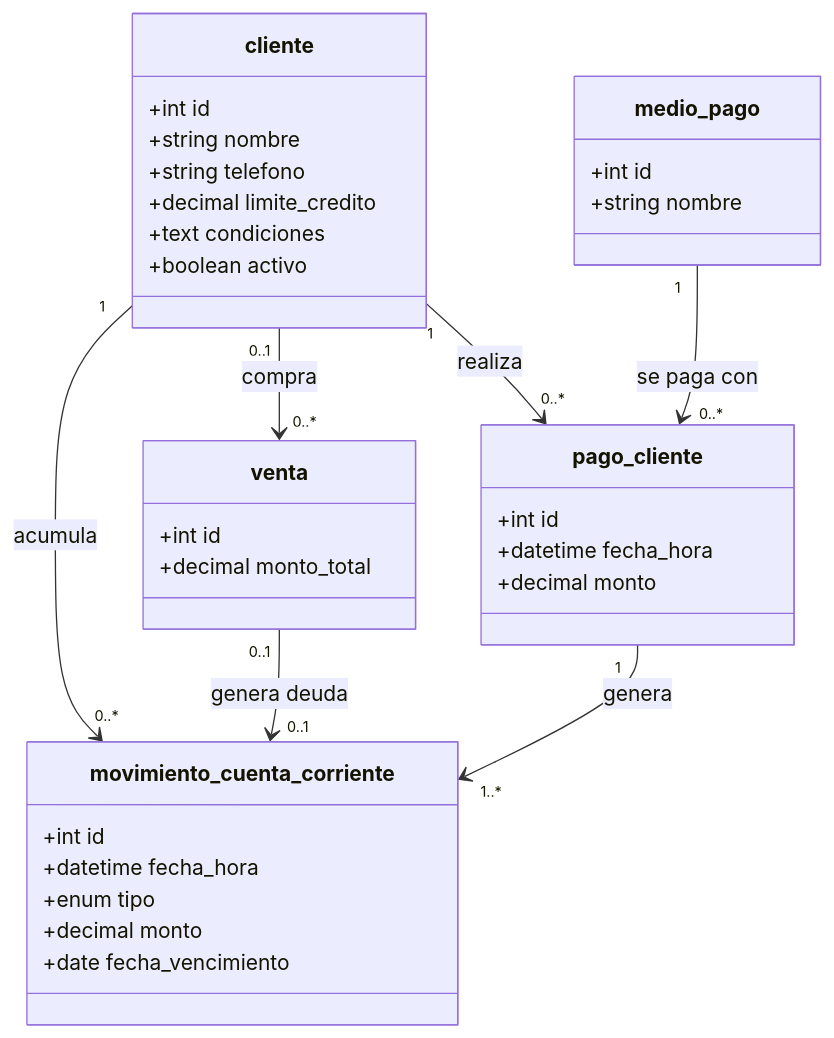
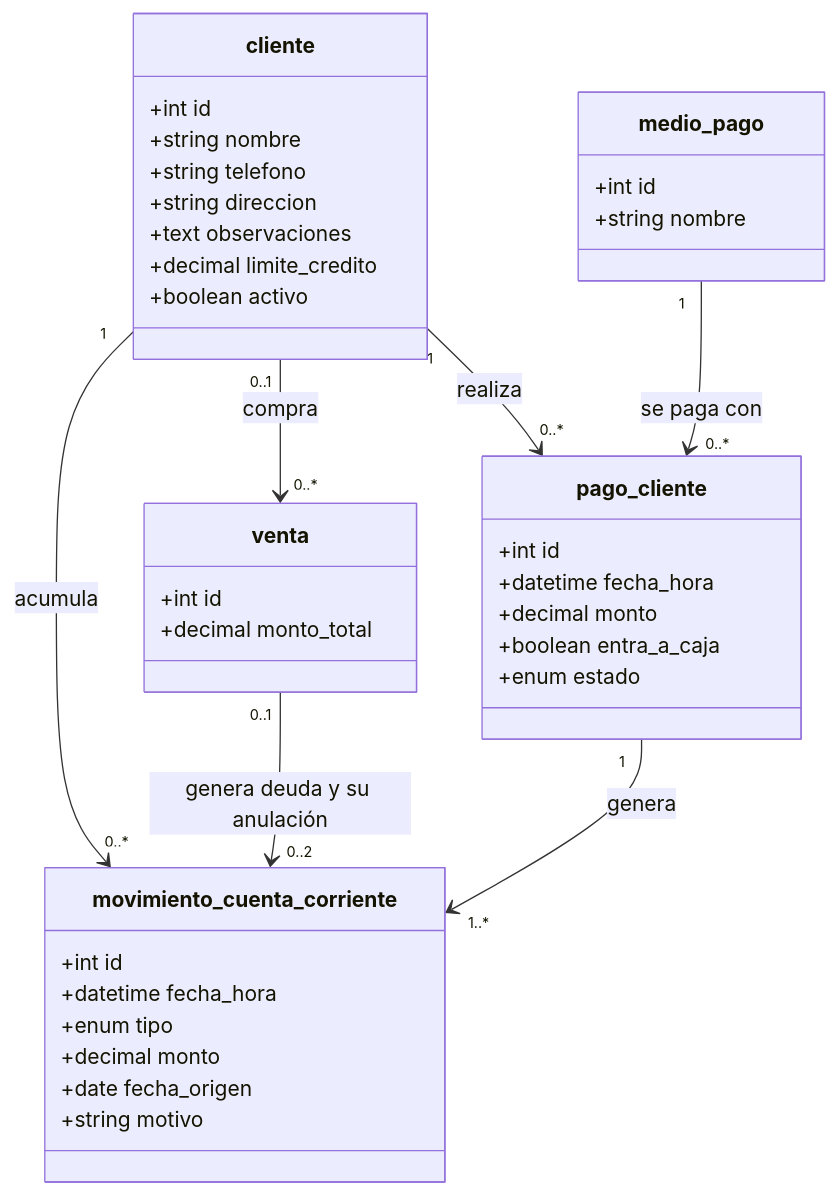
The fourth of 4 diagrams in docs/05-modelo-datos.md (Ezequielnav/sistema-gestion-carniceria), drawn with Mermaid before and after one commit. The commit also changed other lines of this file and 7 other files, not shown here.

````diff
--- a/docs/05-modelo-datos.md
+++ b/docs/05-modelo-datos.md
@@ -213,38 +213,42 @@
 ```mermaid
 classDiagram
     class cliente {
         +int id
         +string nombre
         +string telefono
+        +string direccion
+        +text observaciones
         +decimal limite_credito
-        +text condiciones
         +boolean activo
     }
     class pago_cliente {
         +int id
         +datetime fecha_hora
         +decimal monto
+        +boolean entra_a_caja
+        +enum estado
     }
     class movimiento_cuenta_corriente {
         +int id
         +datetime fecha_hora
         +enum tipo
         +decimal monto
-        +date fecha_vencimiento
+        +date fecha_origen
+        +string motivo
     }
     class venta {
         +int id
         +decimal monto_total
     }
     class medio_pago {
         +int id
         +string nombre
     }
 
     cliente "1" --> "0..*" pago_cliente : realiza
     cliente "1" --> "0..*" movimiento_cuenta_corriente : acumula
     cliente "0..1" --> "0..*" venta : compra
-    venta "0..1" --> "0..1" movimiento_cuenta_corriente : genera deuda
+    venta "0..1" --> "0..2" movimiento_cuenta_corriente : genera deuda y su anulación
     pago_cliente "1" --> "1..*" movimiento_cuenta_corriente : genera
     medio_pago "1" --> "0..*" pago_cliente : se paga con
 ```
````
